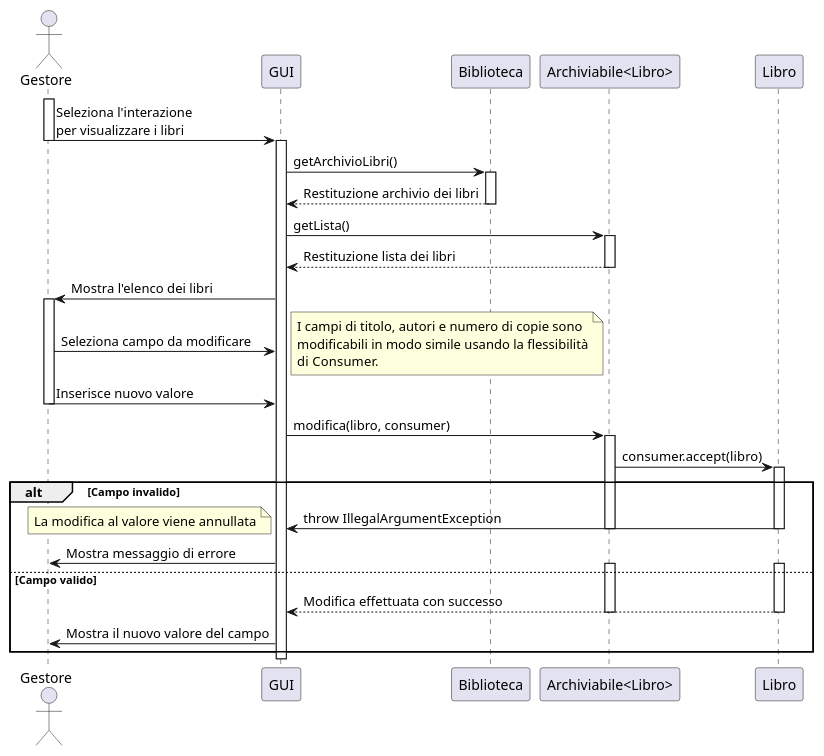
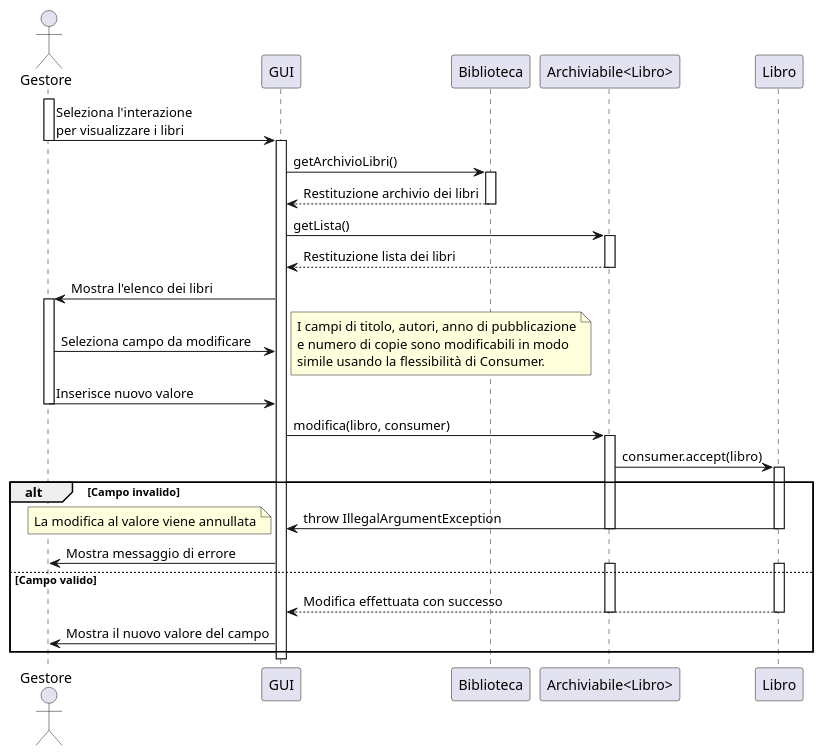
One commit to Meziu/easylibrary changed the diagram in docs/uml/DiagrammiSequenza/UMLModificaLibro.puml. Above: the diagram before and after it, drawn with PlantUML. The commit also changed 7 other files, not shown here.

Commit message:
Nuovi diagrammi design

```diff
--- a/docs/uml/DiagrammiSequenza/UMLModificaLibro.puml
+++ b/docs/uml/DiagrammiSequenza/UMLModificaLibro.puml
@@ -1,63 +1,63 @@
 @startuml
 actor Gestore as G
 participant "GUI" as UI
 participant "Biblioteca" as B
 participant "Archiviabile<Libro>" as A
 participant "Libro" as L
 
 '  ---- Flusso principale -----
 activate G
 G -> UI : Seleziona l'interazione\nper visualizzare i libri
 deactivate G
 activate UI
 
 UI -> B : getArchivioLibri()
 activate B
 B --> UI : Restituzione archivio dei libri
 deactivate B
 
 UI -> A : getLista()
 activate A
 A --> UI : Restituzione lista dei libri
 deactivate A
 
 UI -> G : Mostra l'elenco dei libri
 activate G
 
 G -> UI : Seleziona campo da modificare
 
 note right
-I campi di titolo, autori e numero di copie sono
-modificabili in modo simile usando la flessibilità
-di Consumer.
+I campi di titolo, autori, anno di pubblicazione
+e numero di copie sono modificabili in modo
+simile usando la flessibilità di Consumer.
 endnote
 
 G -> UI : Inserisce nuovo valore
 deactivate G
 UI -> A : modifica(libro, consumer)
 activate A
 
 A -> L : consumer.accept(libro)
 activate L
 
 alt Campo invalido
     L -> UI : throw IllegalArgumentException
     deactivate L
     deactivate A
 
     note left
     La modifica al valore viene annullata
     endnote
 
     UI -> G : Mostra messaggio di errore
 else Campo valido
     activate L
     activate A
     L --> UI : Modifica effettuata con successo
     deactivate L
     deactivate A
     UI -> G : Mostra il nuovo valore del campo
 end
 deactivate UI
 
 @enduml
```
